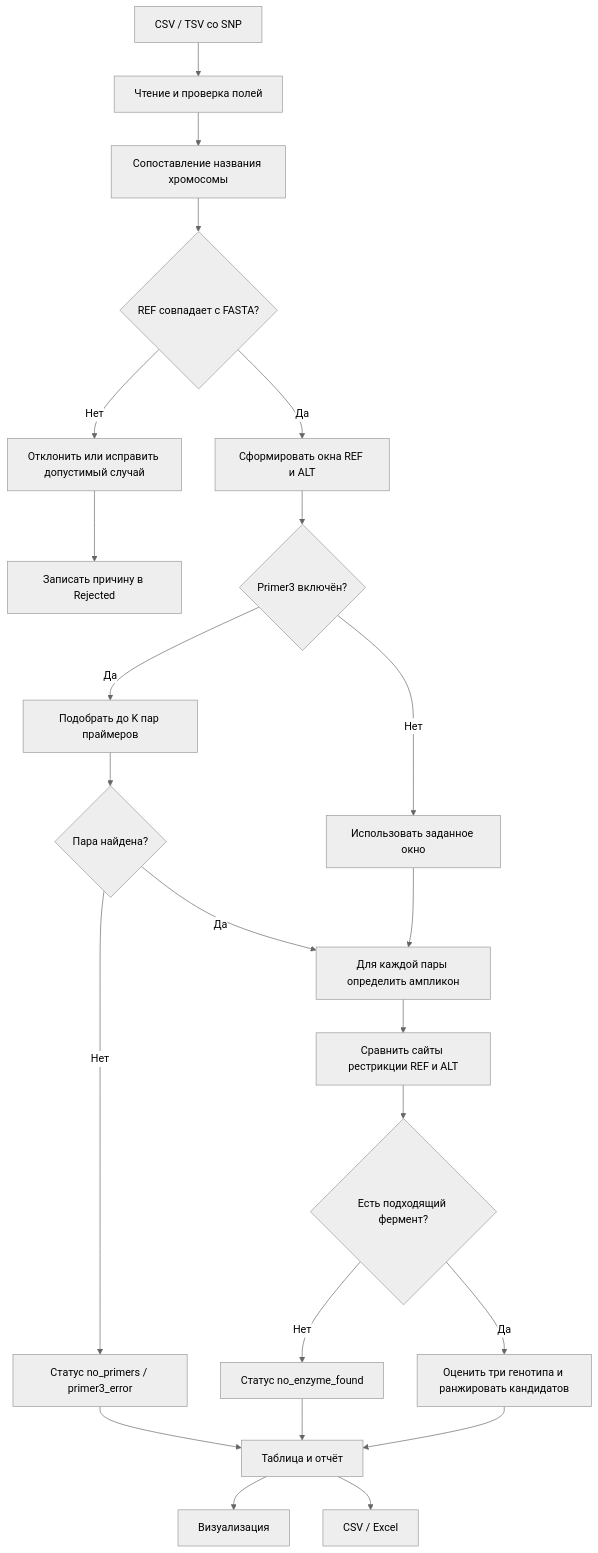
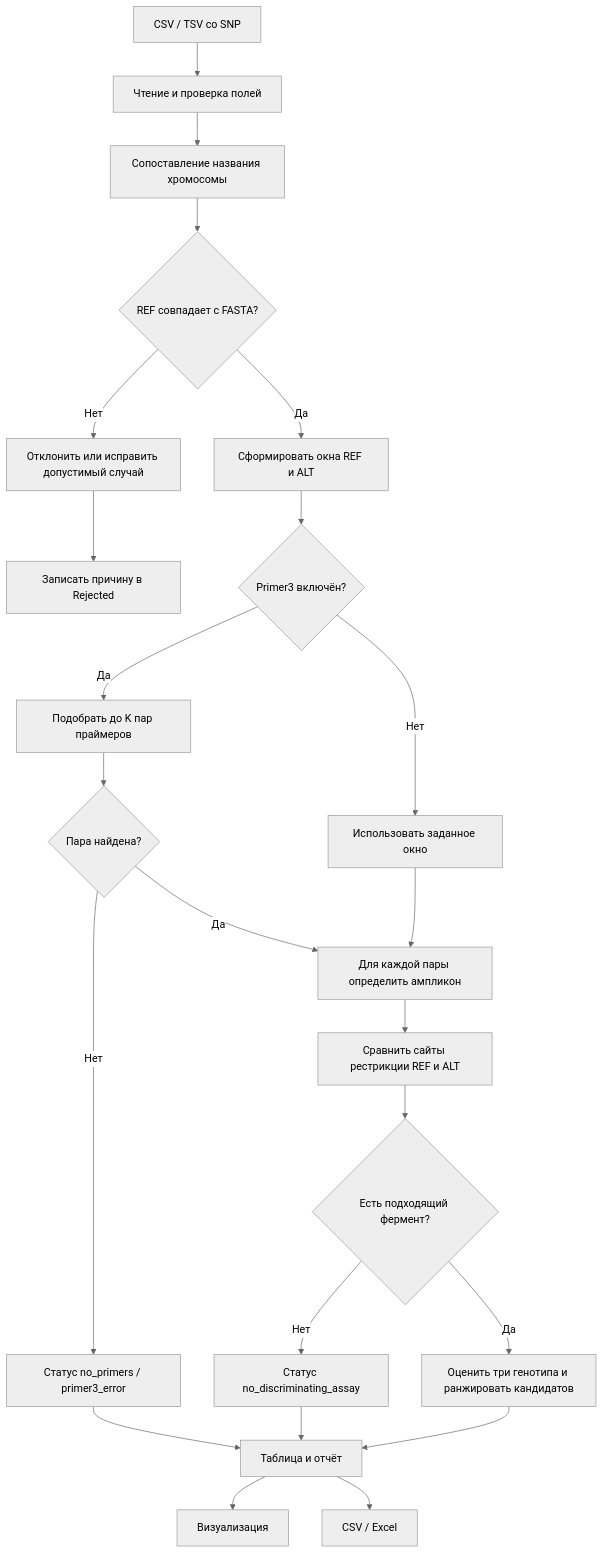
Before and after one commit to adrobi/rflppicker: the diagram in README.ru.md, drawn with Mermaid (neutral theme). The commit also changed 8 other files, not shown here.

````diff
--- a/README.ru.md
+++ b/README.ru.md
@@ -95,25 +95,25 @@
 ```mermaid
 flowchart TD
     A[CSV / TSV со SNP] --> B[Чтение и проверка полей]
     B --> C[Сопоставление названия хромосомы]
     C --> D{REF совпадает с FASTA?}
     D -->|Нет| E[Отклонить или исправить допустимый случай]
     D -->|Да| F[Сформировать окна REF и ALT]
     E --> G[Записать причину в Rejected]
     F --> H{Primer3 включён?}
     H -->|Да| I[Подобрать до K пар праймеров]
     H -->|Нет| J[Использовать заданное окно]
     I --> K{Пара найдена?}
     K -->|Нет| L[Статус no_primers / primer3_error]
     K -->|Да| M[Для каждой пары определить ампликон]
     J --> M
     M --> N[Сравнить сайты рестрикции REF и ALT]
     N --> O{Есть подходящий фермент?}
-    O -->|Нет| P[Статус no_enzyme_found]
+    O -->|Нет| P[Статус no_discriminating_assay]
     O -->|Да| Q[Оценить три генотипа и ранжировать кандидатов]
     L --> R[Таблица и отчёт]
     P --> R
     Q --> R
     R --> S[Визуализация]
     R --> T[CSV / Excel]
 ```
````
